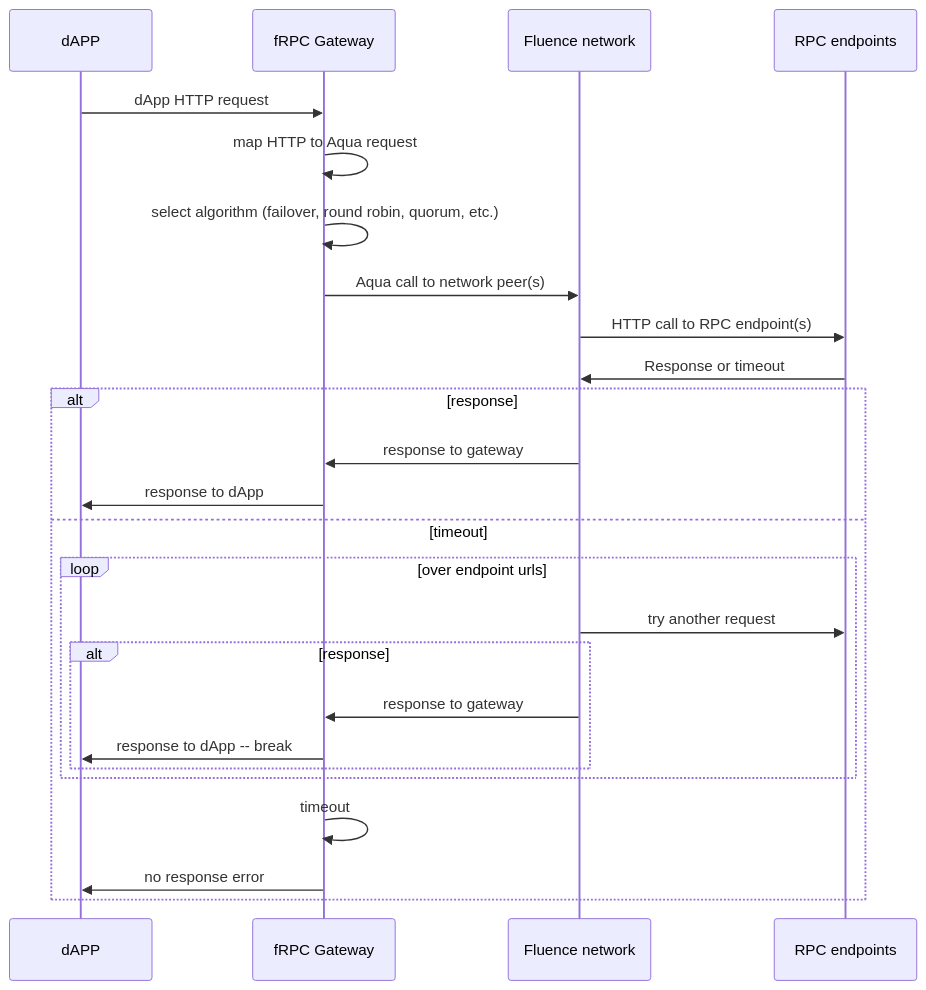
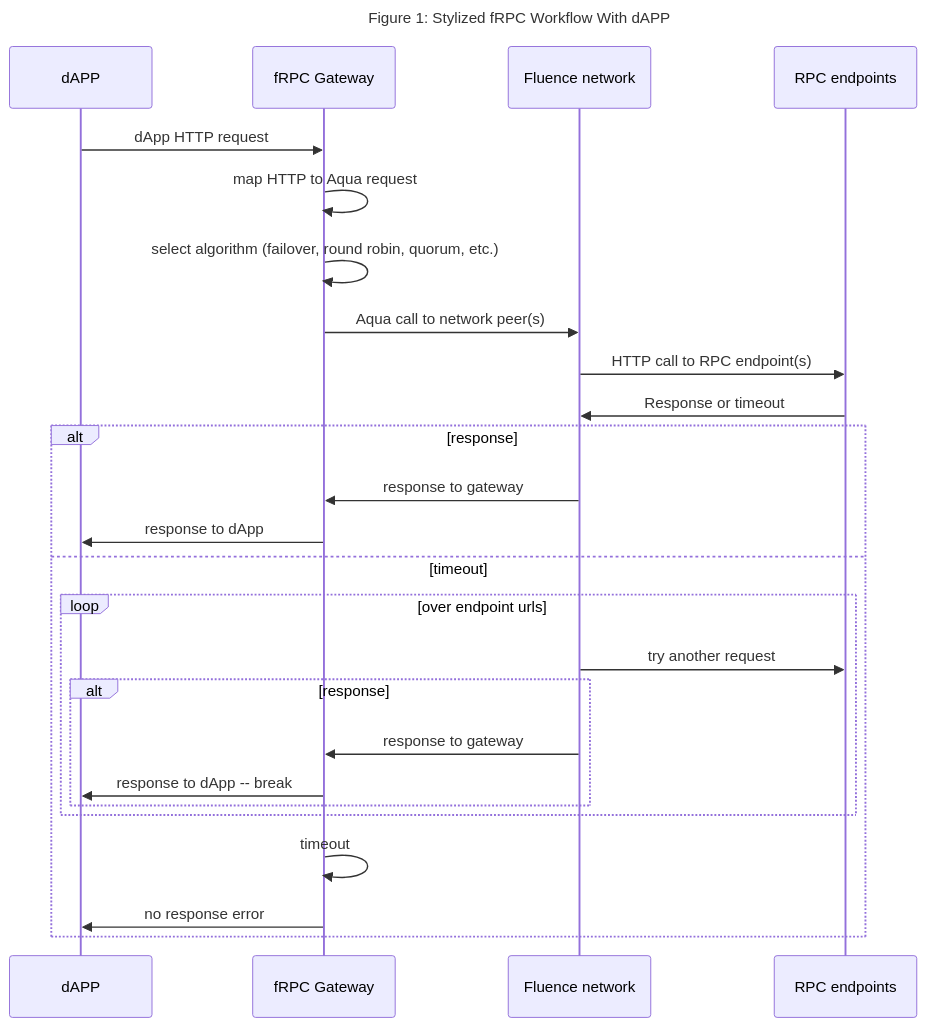
The first of 4 diagrams in README.md (fluencelabs/fRPC-Substrate), drawn with Mermaid before and after one commit. The commit also changed other lines of this file, not shown here.

Commit message:
DOC: bring figure titles to consistency

````diff
--- a/README.md
+++ b/README.md
@@ -11,29 +11,30 @@
 ```mermaid
     sequenceDiagram
+    title: Figure 1: Stylized fRPC Workflow With dAPP
 
     participant A as dAPP
     participant G as fRPC Gateway
     participant N as Fluence network
     participant R as RPC endpoints
 
     A ->> G: dApp HTTP request
     G ->> G: map HTTP to Aqua request
     G ->> G: select algorithm (failover, round robin, quorum, etc.)
     G ->> N: Aqua call to network peer(s)
     N ->> R: HTTP call to RPC endpoint(s)
     R ->> N: Response or timeout
     alt response
       N ->> G: response to gateway
       G ->> A: response to dApp  
     else timeout
       loop over endpoint urls
         N ->> R: try another request
         alt response
           N ->> G: response to gateway
           G ->> A: response to dApp -- break
         end
       end
       G ->> G: timeout 
       G ->> A: no response error
     end
 ```
````
